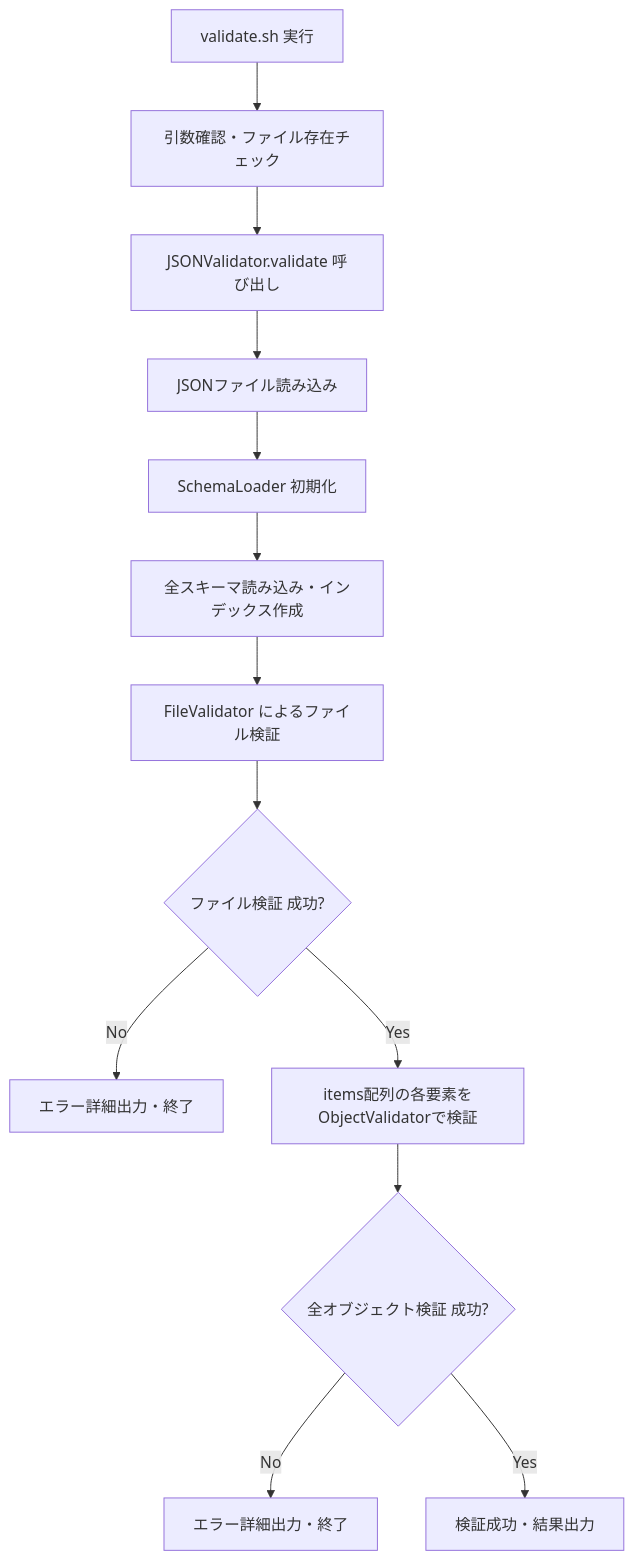
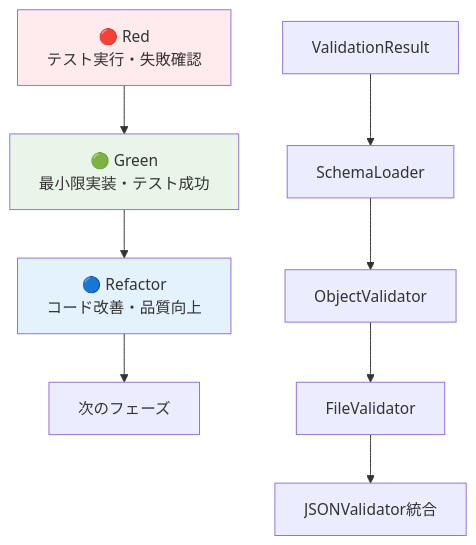
Before and after one commit to StartupDataStandardizationAssociation/Japan-Open-Cap-Format-JOCF: the first of 2 diagrams in vibe/json-validator/instructions/20250617_json-validator-implementation-plan.md, drawn with Mermaid. The commit also changed other lines of this file, not shown here.

````diff
--- a/vibe/json-validator/instructions/20250617_json-validator-implementation-plan.md
+++ b/vibe/json-validator/instructions/20250617_json-validator-implementation-plan.md
@@ -117,15 +8,15 @@
 ```mermaid
-flowchart TD
-    A[validate.sh 実行] --> B[引数確認・ファイル存在チェック]
-    B --> C[JSONValidator.validate 呼び出し]
-    C --> D[JSONファイル読み込み]
-    D --> E[SchemaLoader 初期化]
-    E --> F[全スキーマ読み込み・インデックス作成]
-    F --> G[FileValidator によるファイル検証]
-    G --> H{ファイル検証 成功?}
-    H -->|No| I[エラー詳細出力・終了]
-    H -->|Yes| J[items配列の各要素をObjectValidatorで検証]
-    J --> K{全オブジェクト検証 成功?}
-    K -->|No| L[エラー詳細出力・終了]
-    K -->|Yes| M[検証成功・結果出力]
+graph TD
+    A[🔴 Red<br/>テスト実行・失敗確認] --> B[🟢 Green<br/>最小限実装・テスト成功]
+    B --> C[🔵 Refactor<br/>コード改善・品質向上]
+    C --> D[次のフェーズ]
+    
+    E[ValidationResult] --> F[SchemaLoader]
+    F --> G[ObjectValidator]
+    G --> H[FileValidator] 
+    H --> I[JSONValidator統合]
+    
+    style A fill:#ffebee
+    style B fill:#e8f5e8
+    style C fill:#e3f2fd
 ```
````
